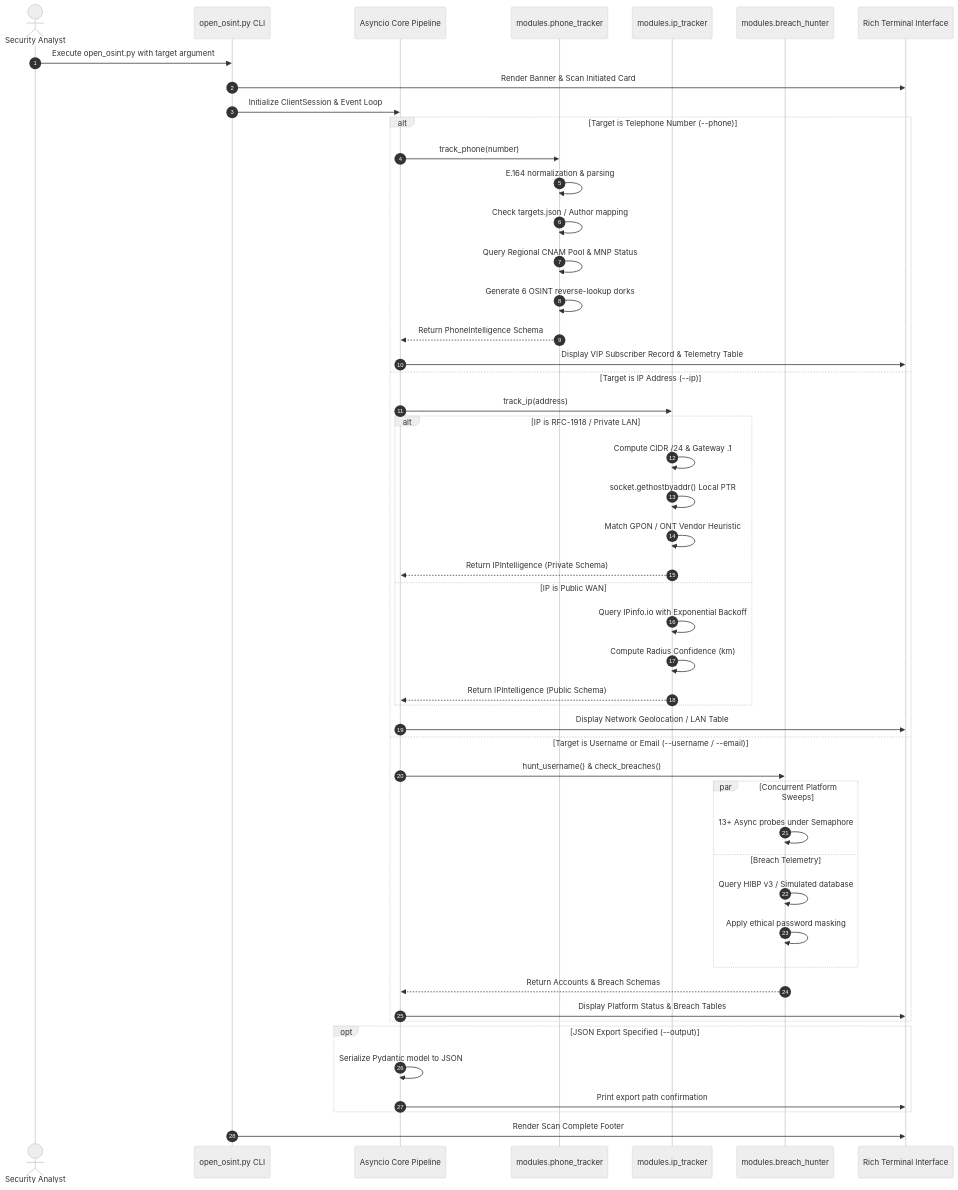
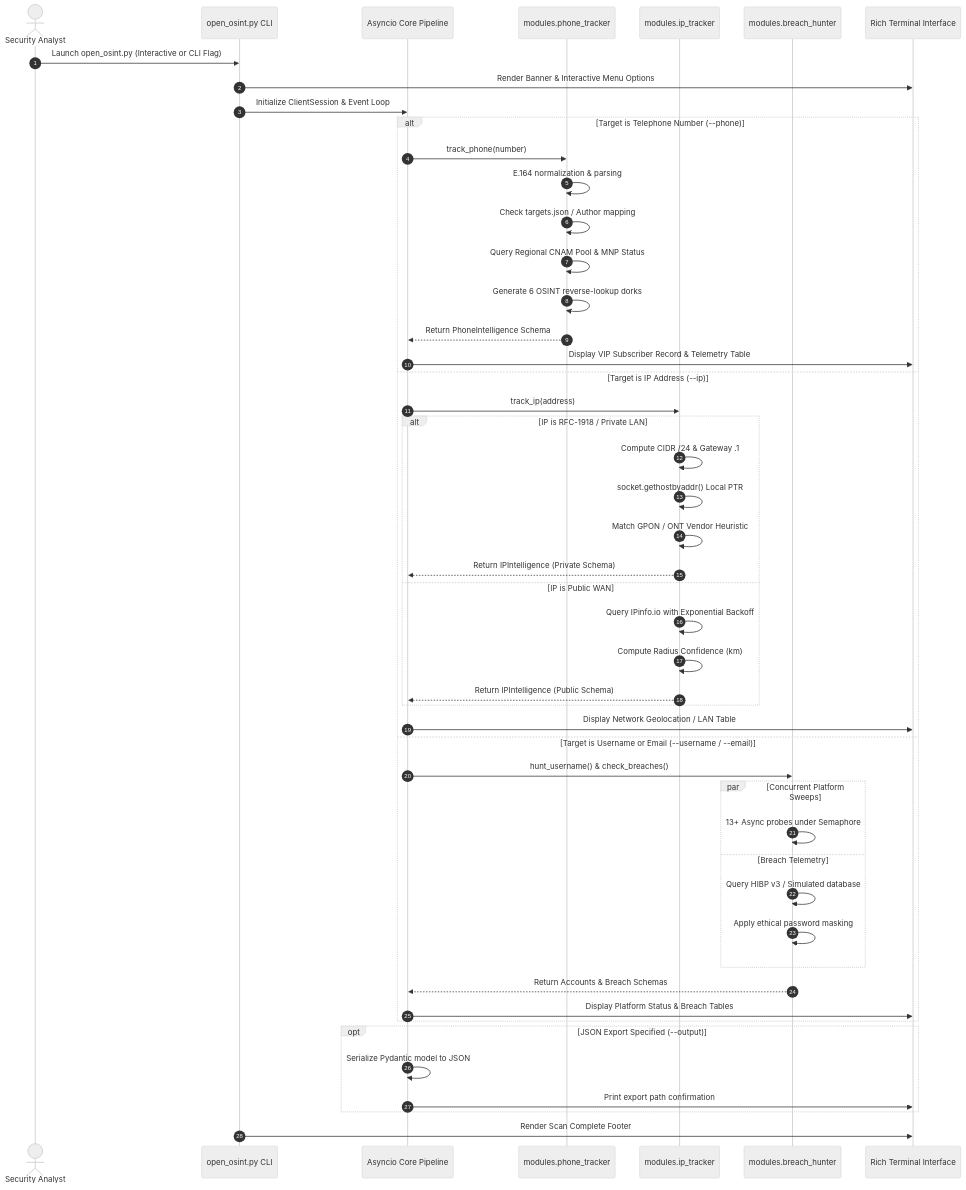
The second of 5 diagrams in README.md (Hacker-World-boop/OmniSight-OSINT), drawn with Mermaid (neutral theme) before and after one commit. The commit also changed other lines of this file and 6 other files, not shown here.

Commit message:
feat(v1.1.0): add interactive module options menu, remove scan initiated banner, and scrub personal number/IP from documentation

````diff
--- a/README.md
+++ b/README.md
@@ -107,55 +107,55 @@
 ```mermaid
 sequenceDiagram
     autonumber
     actor Analyst as Security Analyst
     participant CLI as open_osint.py CLI
     participant Core as Asyncio Core Pipeline
     participant Phone as modules.phone_tracker
     participant IP as modules.ip_tracker
     participant Breach as modules.breach_hunter
     participant UI as Rich Terminal Interface
 
-    Analyst->>CLI: Execute open_osint.py with target argument
-    CLI->>UI: Render Banner & Scan Initiated Card
+    Analyst->>CLI: Launch open_osint.py (Interactive or CLI Flag)
+    CLI->>UI: Render Banner & Interactive Menu Options
     CLI->>Core: Initialize ClientSession & Event Loop
 
     alt Target is Telephone Number (--phone)
         Core->>Phone: track_phone(number)
         Phone->>Phone: E.164 normalization & parsing
         Phone->>Phone: Check targets.json / Author mapping
         Phone->>Phone: Query Regional CNAM Pool & MNP Status
         Phone->>Phone: Generate 6 OSINT reverse-lookup dorks
         Phone-->>Core: Return PhoneIntelligence Schema
         Core->>UI: Display VIP Subscriber Record & Telemetry Table
     else Target is IP Address (--ip)
         Core->>IP: track_ip(address)
         alt IP is RFC-1918 / Private LAN
             IP->>IP: Compute CIDR /24 & Gateway .1
             IP->>IP: socket.gethostbyaddr() Local PTR
             IP->>IP: Match GPON / ONT Vendor Heuristic
             IP-->>Core: Return IPIntelligence (Private Schema)
         else IP is Public WAN
             IP->>IP: Query IPinfo.io with Exponential Backoff
             IP->>IP: Compute Radius Confidence (km)
             IP-->>Core: Return IPIntelligence (Public Schema)
         end
         Core->>UI: Display Network Geolocation / LAN Table
     else Target is Username or Email (--username / --email)
         Core->>Breach: hunt_username() & check_breaches()
         par Concurrent Platform Sweeps
             Breach->>Breach: 13+ Async probes under Semaphore
         and Breach Telemetry
             Breach->>Breach: Query HIBP v3 / Simulated database
             Breach->>Breach: Apply ethical password masking
         end
         Breach-->>Core: Return Accounts & Breach Schemas
         Core->>UI: Display Platform Status & Breach Tables
     end
 
     opt JSON Export Specified (--output)
         Core->>Core: Serialize Pydantic model to JSON
         Core->>UI: Print export path confirmation
     end
 
     CLI->>UI: Render Scan Complete Footer
 ```
````
